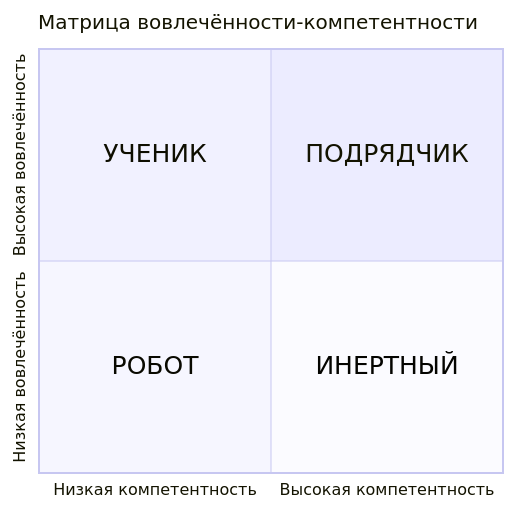
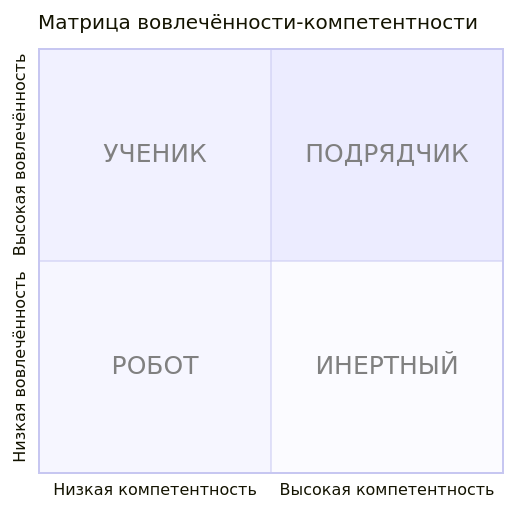
Before and after one commit to oinsio/teamlead-handbook: the diagram in docs/Построение-отношений/Как-подобрать-правильный-стиль-управления.md, drawn with Mermaid.

Commit message:
update text color for dark mode

````diff
--- a/docs/Построение-отношений/Как-подобрать-правильный-стиль-управления.md
+++ b/docs/Построение-отношений/Как-подобрать-правильный-стиль-управления.md
@@ -6,11 +6,11 @@
 ```mermaid
-%%{init: {"quadrantChart": {"quadrantLabelFontSize": 25, "xAxisPosition": 'bottom'}, "themeVariables": {} }}%%
+%%{init: {"quadrantChart": {"quadrantLabelFontSize": 25, "xAxisPosition": 'bottom'}, "themeVariables": {"quadrant1TextFill": "#808080", "quadrant2TextFill": "#808080", "quadrant3TextFill": "#808080", "quadrant4TextFill": "#808080"} }}%%
 quadrantChart
   title Матрица вовлечённости-компетентности
   x-axis "Низкая компетентность" --> "Высокая компетентность"
   y-axis "Низкая вовлечённость" --> "Высокая вовлечённость"
   quadrant-1 "ПОДРЯДЧИК"
   quadrant-2 "УЧЕНИК"
   quadrant-3 "РОБОТ"
   quadrant-4 "ИНЕРТНЫЙ"
 ```
````
